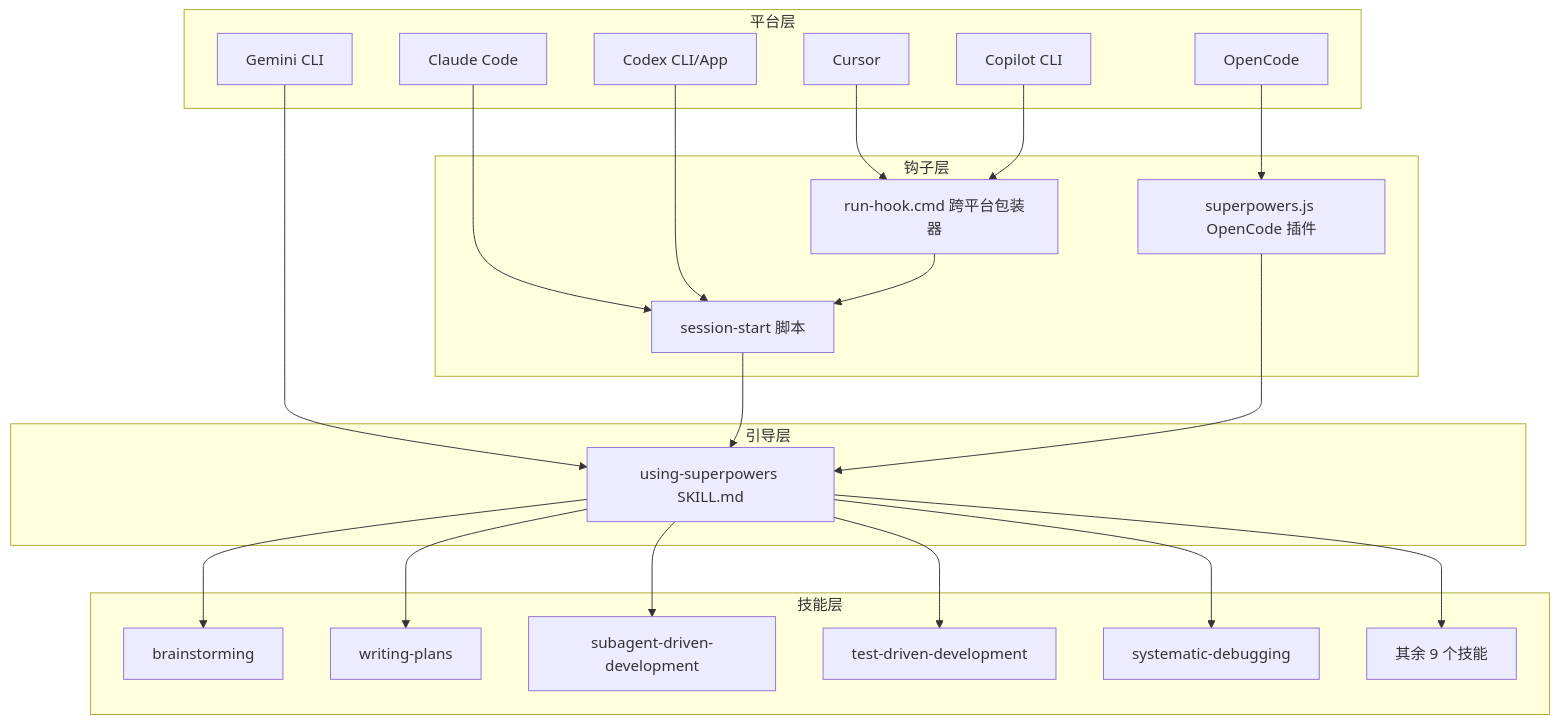
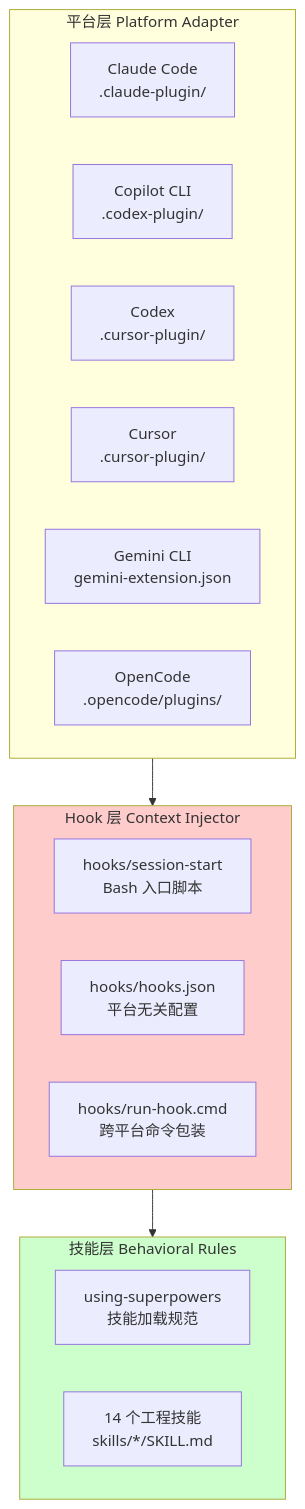
One commit to dragonforce2010/awesome-ai-repos-deepwiki changed the first of 2 diagrams in project-wiki/superpowers/pages/system-architecture.md. Above: the diagram before and after it, drawn with Mermaid. The commit also changed other lines of this file and 26 other files, not shown here.

````diff
--- a/project-wiki/superpowers/pages/system-architecture.md
+++ b/project-wiki/superpowers/pages/system-architecture.md
@@ -22,48 +24,28 @@
 ```mermaid
-graph TD
-    subgraph ID1["平台层"]
-        CC[Claude Code]
-        CR[Cursor]
-        CX["Codex CLI/App"]
-        OC[OpenCode]
-        CP[Copilot CLI]
-        GM[Gemini CLI]
+flowchart TD
+    subgraph P1["平台层 Platform Adapter"]
+        CC["Claude Code<br/>.claude-plugin/"]
+        CO["Copilot CLI<br/>.codex-plugin/"]
+        CX["Codex<br/>.cursor-plugin/"]
+        CU["Cursor<br/>.cursor-plugin/"]
+        GM["Gemini CLI<br/>gemini-extension.json"]
+        OC["OpenCode<br/>.opencode/plugins/"]
     end
 
-    subgraph ID2["钩子层"]
-        HS["session-start 脚本"]
-        HC["run-hook.cmd 跨平台包装器"]
-        OP["superpowers.js OpenCode 插件"]
+    subgraph H1["Hook 层 Context Injector"]
+        HKS["hooks/session-start<br/>Bash 入口脚本"]
+        HKJ["hooks/hooks.json<br/>平台无关配置"]
+        HKCMD["hooks/run-hook.cmd<br/>跨平台命令包装"]
     end
 
-    subgraph ID3["引导层"]
-        US["using-superpowers SKILL.md"]
+    subgraph S1["技能层 Behavioral Rules"]
+        USP["using-superpowers<br/>技能加载规范"]
+        SK["14 个工程技能<br/>skills/*/SKILL.md"]
     end
 
-    subgraph ID4["技能层"]
-        S1[brainstorming]
-        S2["writing-plans"]
-        S3["subagent-driven-development"]
-        S4["test-driven-development"]
-        S5["systematic-debugging"]
-        S6["其余 9 个技能"]
-    end
+    P1 --> H1
+    H1 --> S1
 
-    CC --> HS
-    CR --> HC
-    CX --> HS
-    OC --> OP
-    CP --> HC
-    GM --> US
-
-    HS --> US
-    HC --> HS
-    OP --> US
-
-    US --> S1
-    US --> S2
-    US --> S3
-    US --> S4
-    US --> S5
-    US --> S6
+    style H1 fill:#ffcccc
+    style S1 fill:#ccffcc
 ```
````
